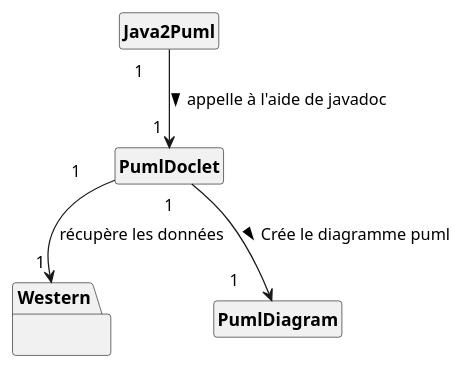
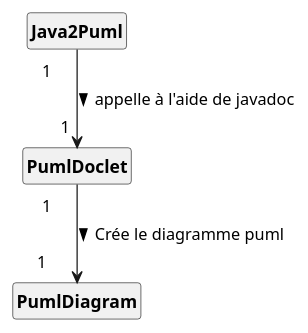
One commit to yassinkioua/Projet-PumlFromJava changed the diagram in uml/DCA_Doclet.puml. Above: the diagram before and after it, drawn with PlantUML. The commit also changed 1 other file, not shown here.

Commit message:
Maj diagramme

```diff
--- a/uml/DCA_Doclet.puml
+++ b/uml/DCA_Doclet.puml
@@ -1,21 +1,19 @@
 @startuml
 'https://plantuml.com/class-diagram
 skinparam classAttributeIconSize 0
 skinparam classFontStyle Bold
 skinparam style strictuml
 hide empty members
 
 
-package Western{}
 class Java2Puml
 class PumlDoclet
 class PumlDiagram
 
 
 Java2Puml " 1\t" --> "\t1" PumlDoclet : appelle à l'aide de javadoc >
-PumlDoclet "1\t" --> "\t1" Western : récupère les données
 PumlDoclet  " 1\t" --> "1\t" PumlDiagram : Crée le diagramme puml >
 
 
 
 @enduml
```
